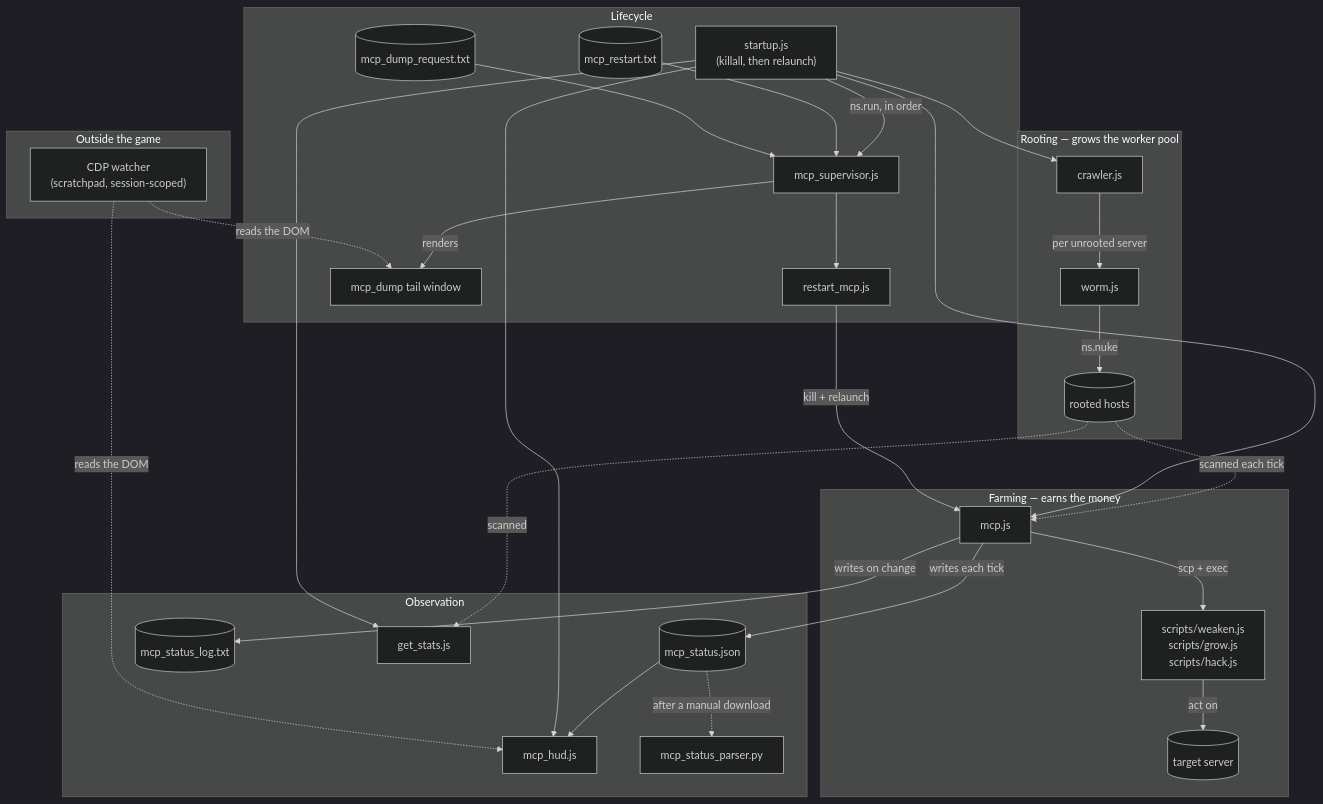
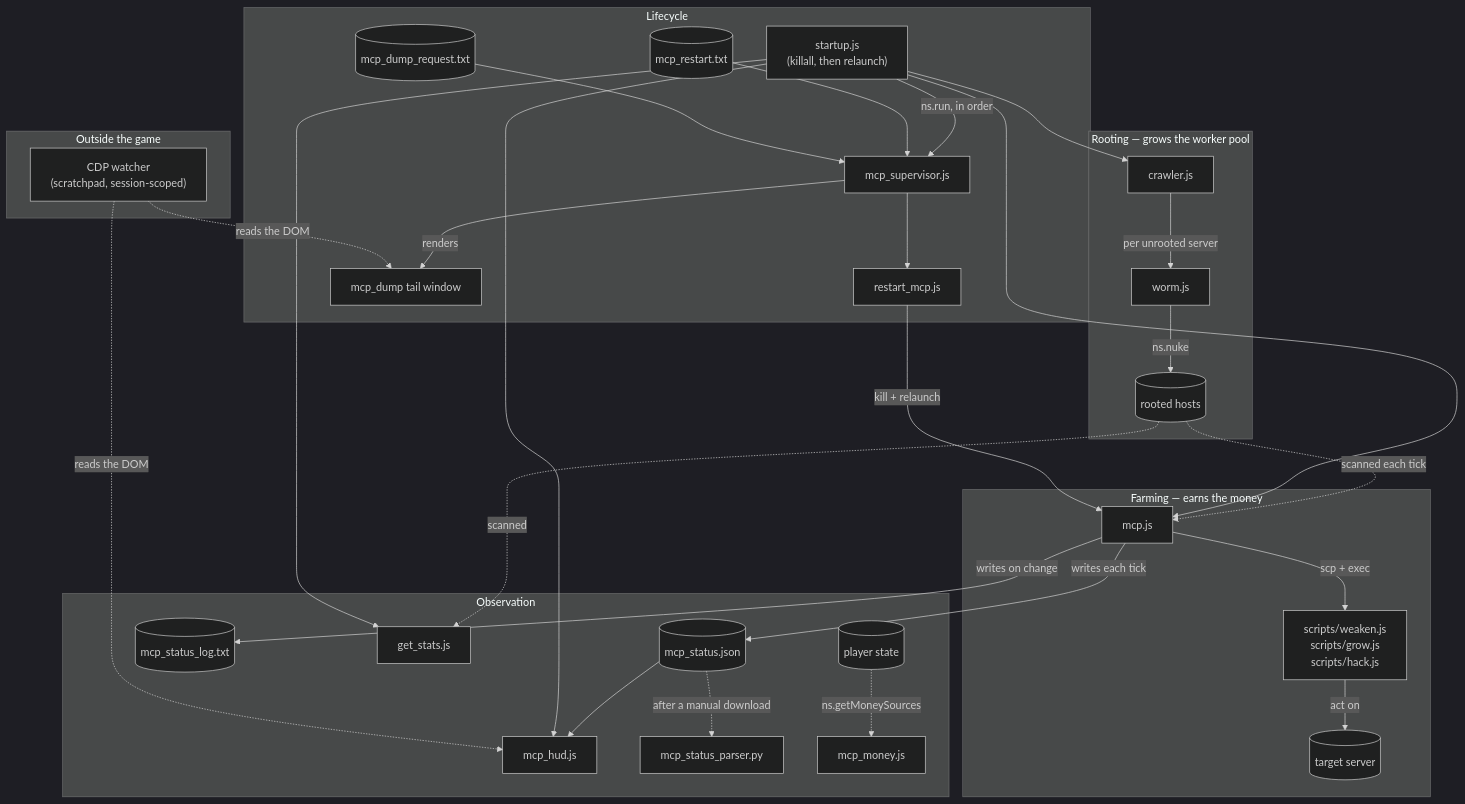
One commit to waunder/BitBurner changed the diagram in docs/processes.md. Above: the diagram before and after it, drawn with Mermaid (dark theme). The commit also changed other lines of this file and 3 other files, not shown here.

````diff
--- a/docs/processes.md
+++ b/docs/processes.md
@@ -17,39 +17,40 @@
 ```mermaid
 flowchart TB
     subgraph root["Rooting — grows the worker pool"]
         crawler[crawler.js] -->|per unrooted server| worm[worm.js]
         worm -->|ns.nuke| pool[(rooted hosts)]
     end
 
     subgraph farm["Farming — earns the money"]
         mcp[mcp.js] -->|scp + exec| actions["scripts/weaken.js<br/>scripts/grow.js<br/>scripts/hack.js"]
         pool -.->|scanned each tick| mcp
         actions -->|act on| target[(target server)]
     end
 
     subgraph obs["Observation"]
         mcp -->|writes each tick| status[(mcp_status.json)]
         mcp -->|writes on change| logfile[(mcp_status_log.txt)]
         status --> hud[mcp_hud.js]
         pool -.->|scanned| stats[get_stats.js]
         status -.->|after a manual download| parser[mcp_status_parser.py]
+        player[(player state)] -.->|ns.getMoneySources| moneypanel[mcp_money.js]
     end
 
     subgraph life["Lifecycle"]
         boot["startup.js<br/>(killall, then relaunch)"] -->|ns.run, in order| sup[mcp_supervisor.js]
         boot --> crawler
         boot --> mcp
         boot --> hud[mcp_hud.js]
         boot --> stats
         flag[(mcp_restart.txt)] --> sup
         sup --> restart[restart_mcp.js]
         restart -->|kill + relaunch| mcp
         dumpreq[(mcp_dump_request.txt)] --> sup
         sup -->|renders| dumptail[mcp_dump tail window]
     end
 
     subgraph out["Outside the game"]
         cdp["CDP watcher<br/>(scratchpad, session-scoped)"] -.->|reads the DOM| hud
         cdp -.->|reads the DOM| dumptail
     end
 ```
````
